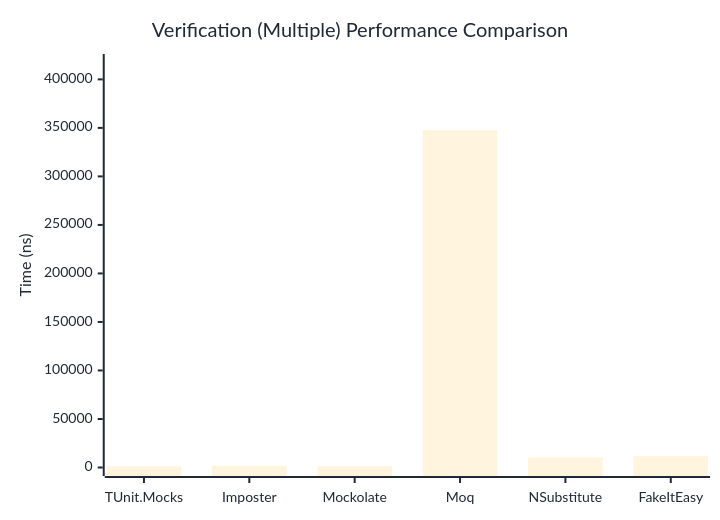
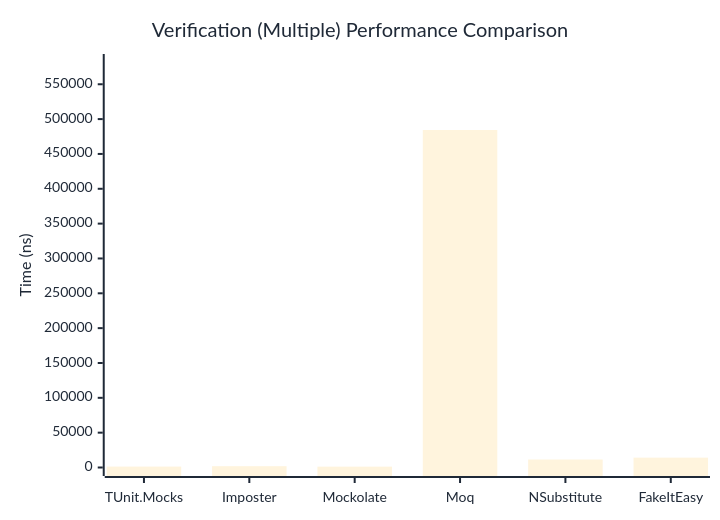
The third of 3 diagrams in docs/docs/benchmarks/mocks/Verification.md (thomhurst/TUnit), drawn with Mermaid before and after one commit. The commit also changed other lines of this file and 14 other files, not shown here.

````diff
--- a/docs/docs/benchmarks/mocks/Verification.md
+++ b/docs/docs/benchmarks/mocks/Verification.md
@@ -112,27 +112,27 @@
 ```mermaid
 %%{init: {
   'theme':'base',
   'themeVariables': {
     'primaryColor': '#2563eb',
     'primaryTextColor': '#1f2937',
     'primaryBorderColor': '#1e40af',
     'lineColor': '#6b7280',
     'secondaryColor': '#7c3aed',
     'tertiaryColor': '#dc2626',
     'background': '#ffffff',
     'pie1': '#2563eb',
     'pie2': '#7c3aed',
     'pie3': '#dc2626',
     'pie4': '#f59e0b',
     'pie5': '#10b981',
     'pie6': '#06b6d4',
     'pie7': '#ec4899',
     'pie8': '#6366f1'
   }
 }}%%
 xychart-beta
   title "Verification (Multiple) Performance Comparison"
   x-axis ["TUnit.Mocks", "Imposter", "Mockolate", "Moq", "NSubstitute", "FakeItEasy"]
-  y-axis "Time (ns)" 0 --> 417397
-  bar [1242.6, 1786.95, 1152.66, 347830.44, 10396.93, 11608.86]
+  y-axis "Time (ns)" 0 --> 581227
+  bar [1316.24, 1867.1, 1242.72, 484355.68, 11469.88, 14146.45]
 ```
````
